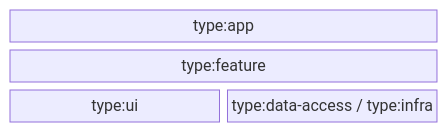
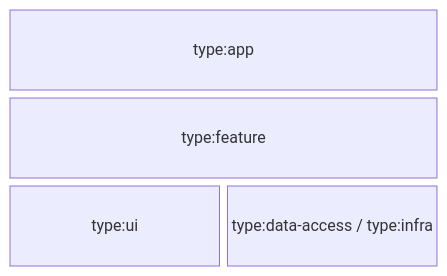
Before and after one commit to marmicode/cookbook: the first of 8 diagrams in apps/cookbook/docs/nx/03-scaling/02-organize-libs.md, drawn with Mermaid. The commit also changed other lines of this file, not shown here.

Commit message:
docs(nx): 📝 add hexagonal frontend architecture + pros & cons

````diff
--- a/apps/cookbook/docs/nx/03-scaling/02-organize-libs.md
+++ b/apps/cookbook/docs/nx/03-scaling/02-organize-libs.md
@@ -94,7 +94,8 @@
 ```mermaid
 block-beta
 columns 2
   app["type:app"]:2
   feature["type:feature"]:2
   ui["type:ui"] infra["type:data-access / type:infra"]
+  style app height:5rem
 ```
````
